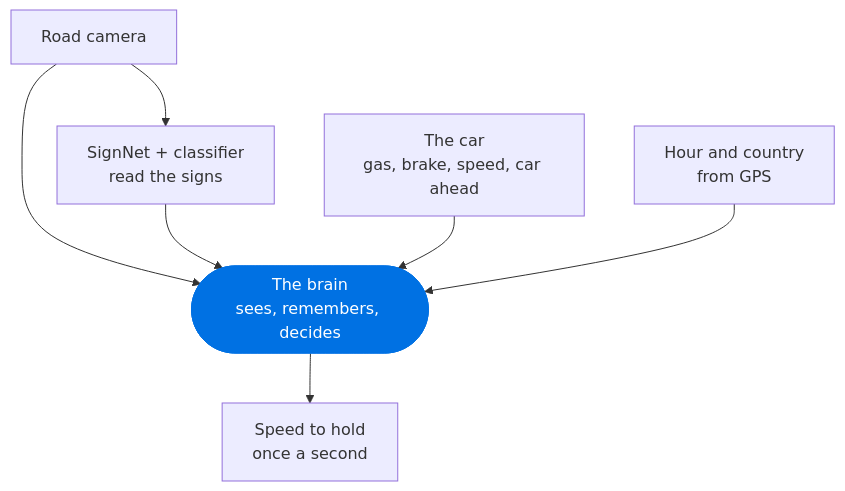
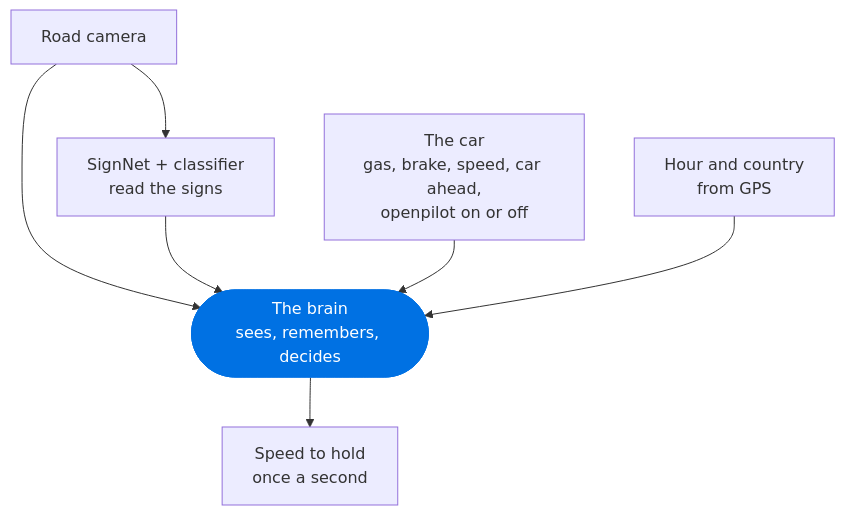
The first of 3 diagrams in README.md (cristianku/sunnypilot.speedlimits), drawn with Mermaid before and after one commit. The commit also changed other lines of this file and 8 other files, not shown here.

Commit message:
Brain: openpilot engaged is a driver's input, made from the logs through the car's own class

````diff
--- a/README.md
+++ b/README.md
@@ -25,11 +25,11 @@
 ```mermaid
 flowchart TD
   cam["Road camera"] --> read["SignNet + classifier<br/>read the signs"]
   cam --> brain
   read --> brain
-  car["The car<br/>gas, brake, speed, car ahead"] --> brain
+  car["The car<br/>gas, brake, speed, car ahead,<br/>openpilot on or off"] --> brain
   gps["Hour and country<br/>from GPS"] --> brain
   brain(["The brain<br/>sees, remembers, decides"]) --> out["Speed to hold<br/>once a second"]
   classDef hero fill:#0071e3,stroke:#0071e3,color:#ffffff
   class brain hero
 ```
````
